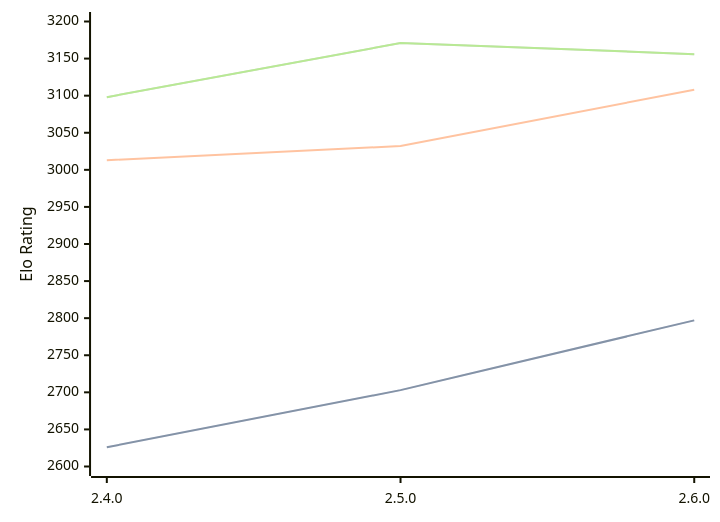
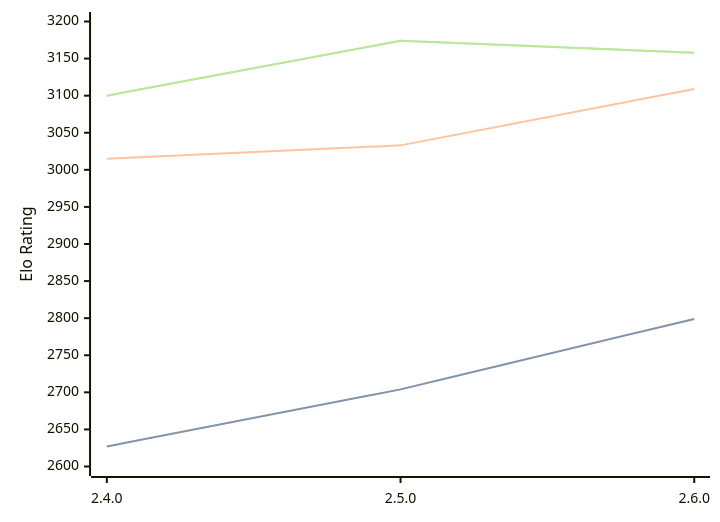
One commit to computer-chess-index/cci changed the diagram in engines/Sturddle2.md. Above: the diagram before and after it, drawn with Mermaid. The commit also changed other lines of this file, not shown here.

Commit message:
Update CCI Ratings (ELO VLTC) - 2026-10-09

````diff
--- a/engines/Sturddle2.md
+++ b/engines/Sturddle2.md
@@ -34,11 +34,11 @@
 ```mermaid
 %%{init: {"theme":"base","themeVariables":{"seriesColors:['#a3a3a3','#222221','#faa371']}}}%%
 xychart-beta
   x-axis ["2.4.0", "2.5.0", "2.6.0"]
   y-axis "Elo Rating" 2600 --> 3200
-  line "" [2626, 2703, 2797]
-  line "STC (8.0+0.08s)" [2626, 2703, 2797]
-  line "LTC (60.0+0.60s)" [3013, 3032, 3108]
-  line "" [3098, 3171, 3156]
-  line "VLTC (2m24s+1.12s)" [3098, 3171, 3156]
+  line "" [2627, 2704, 2799]
+  line "STC (8.0+0.08s)" [2627, 2704, 2799]
+  line "LTC (60.0+0.60s)" [3015, 3033, 3109]
+  line "" [3100, 3174, 3158]
+  line "VLTC (2m24s+1.12s)" [3100, 3174, 3158]
 ```
````
